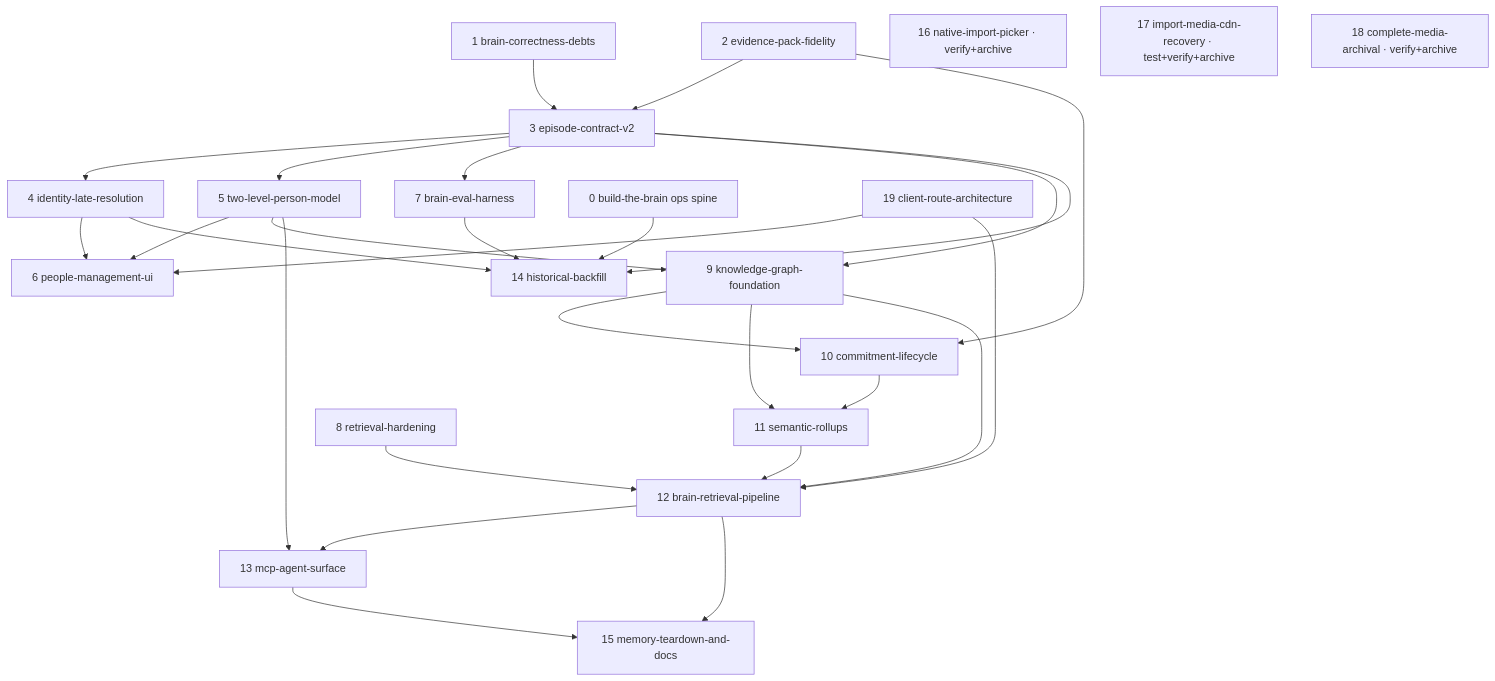
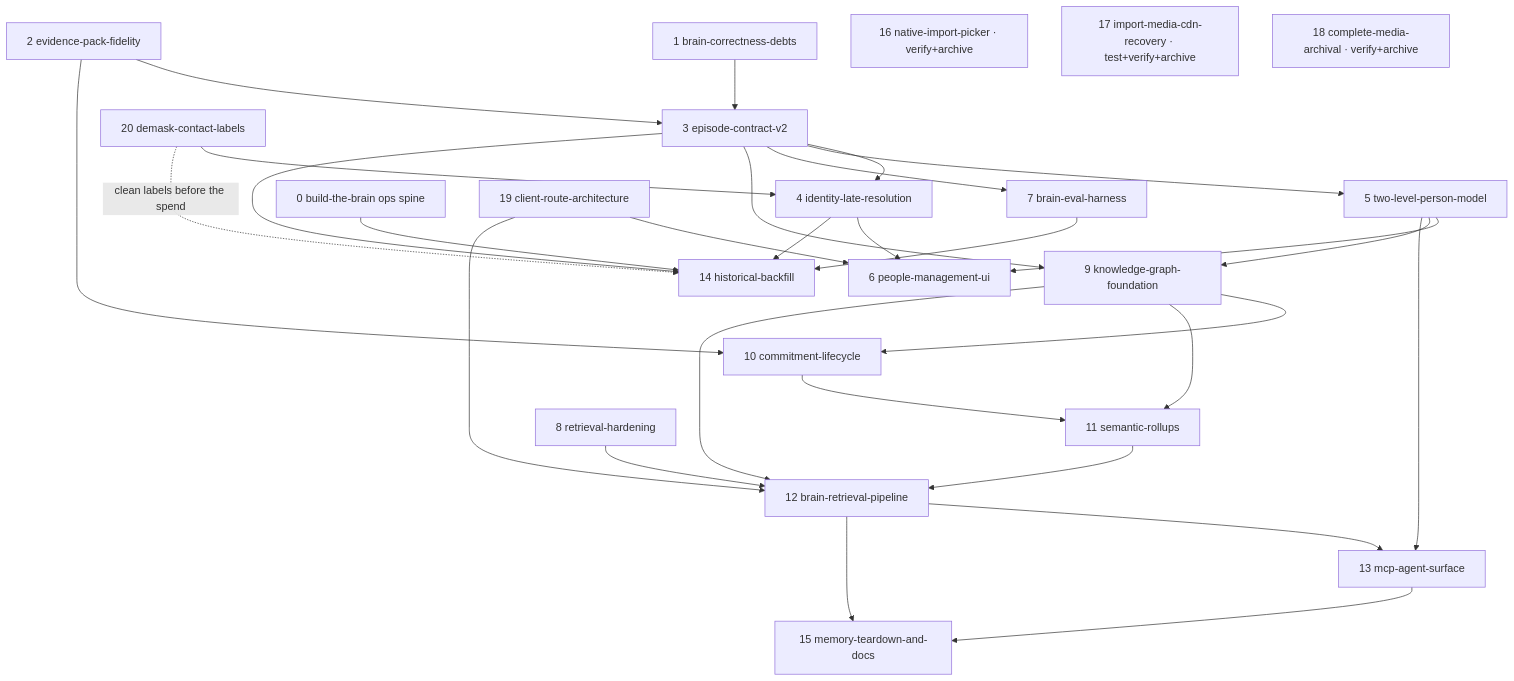
One commit to abdatta/wapp-brain changed the diagram in openspec/changes/ROADMAP.md. Above: the diagram before and after it, drawn with Mermaid. The commit also changed other lines of this file and 22 other files, not shown here.

````diff
--- a/openspec/changes/ROADMAP.md
+++ b/openspec/changes/ROADMAP.md
@@ -42,32 +43,34 @@
 ```mermaid
 graph TD
     C1[1 brain-correctness-debts] --> C3[3 episode-contract-v2]
     C2[2 evidence-pack-fidelity] --> C3
     C3 --> C4[4 identity-late-resolution]
     C3 --> C5[5 two-level-person-model]
     C3 --> C7[7 brain-eval-harness]
     C4 --> C6[6 people-management-ui]
     C5 --> C6
     C3 --> C9[9 knowledge-graph-foundation]
     C5 --> C9
     C2 --> C10[10 commitment-lifecycle]
     C9 --> C10
     C9 --> C11[11 semantic-rollups]
     C10 --> C11
     C8[8 retrieval-hardening] --> C12[12 brain-retrieval-pipeline]
     C9 --> C12
     C11 --> C12
     C5 --> C13[13 mcp-agent-surface]
     C12 --> C13
     C0[0 build-the-brain ops spine] --> C14[14 historical-backfill]
     C3 --> C14
     C4 --> C14
     C7 --> C14
     C12 --> C15[15 memory-teardown-and-docs]
     C13 --> C15
     C16[16 native-import-picker · verify+archive]
     C17[17 import-media-cdn-recovery · test+verify+archive]
     C18[18 complete-media-archival · verify+archive]
     C19[19 client-route-architecture] --> C6
     C19 --> C12
+    C20[20 demask-contact-labels] --> C4
+    C20 -.->|clean labels before the spend| C14
 ```
````
